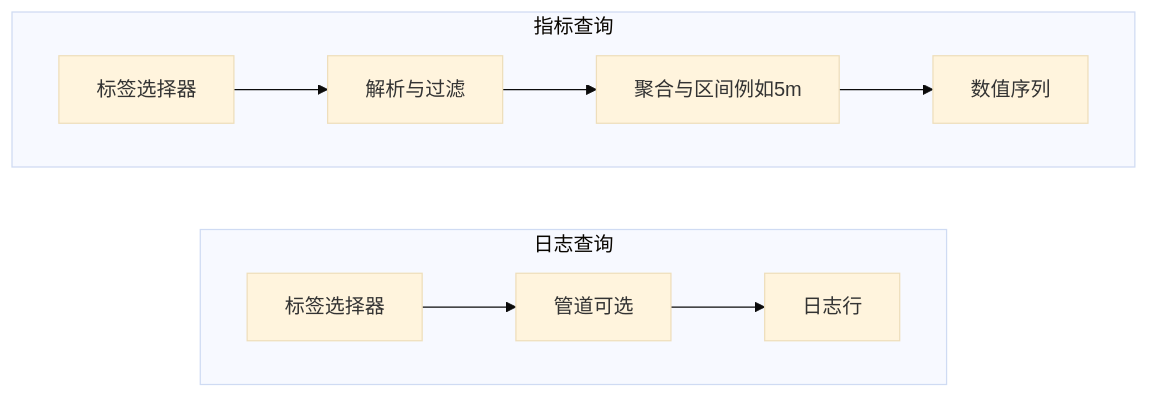
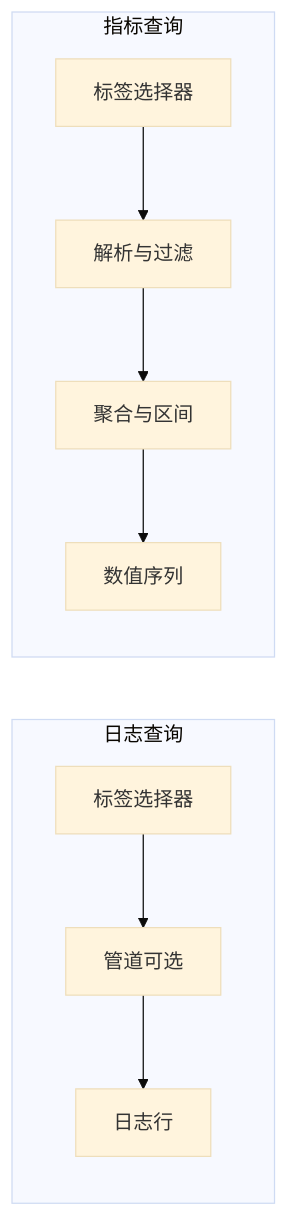
Before and after one commit to brinnatt/kubeauto: diagram 18 of 19 in docs/efk/EFK.md, drawn with Mermaid (base theme). The commit also changed other lines of this file, not shown here.

````diff
--- a/docs/efk/EFK.md
+++ b/docs/efk/EFK.md
@@ -1300,14 +1300,12 @@
 ```mermaid
 flowchart LR
-  subgraph logq[日志查询]
-    direction LR
+  subgraph logq["日志查询"]
     S1["标签选择器"] --> P1["管道可选"]
     P1 --> OUT["日志行"]
   end
-  subgraph met[指标查询]
-    direction LR
+  subgraph met["指标查询"]
     S2["标签选择器"] --> P2["解析与过滤"]
-    P2 --> R1["聚合与区间例如5m"]
+    P2 --> R1["聚合与区间"]
     R1 --> NUM["数值序列"]
   end
 ```
````
